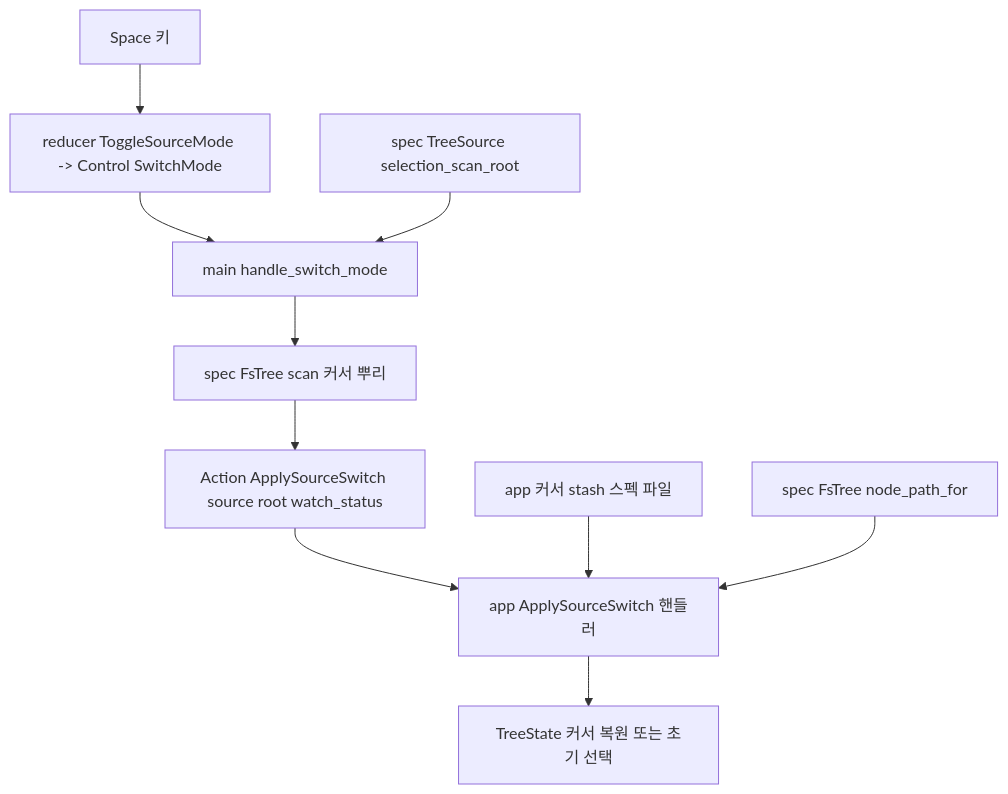
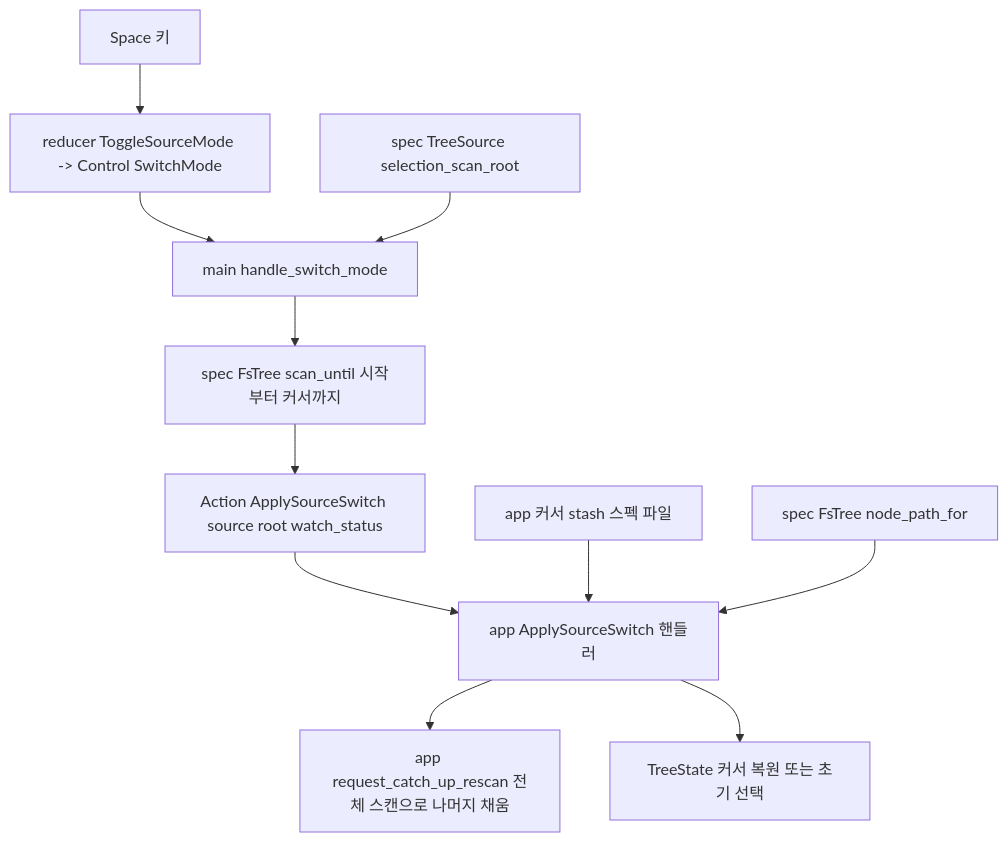
The first of 2 diagrams in .kiro/specs/spec-viewer-files-mode-cursor-scan/design.md (hodorii/spec-viewer), drawn with Mermaid before and after one commit. The commit also changed other lines of this file and 6 other files, not shown here.

Commit message:
docs: describe files-mode switching as start-to-cursor in the cursor-scan spec and README

````diff
--- a/.kiro/specs/spec-viewer-files-mode-cursor-scan/design.md
+++ b/.kiro/specs/spec-viewer-files-mode-cursor-scan/design.md
@@ -36,12 +36,13 @@
 ```mermaid
 flowchart TD
     key[Space 키] --> reducer_sig[reducer ToggleSourceMode -> Control SwitchMode]
     reducer_sig --> hsm[main handle_switch_mode]
     selroot[spec TreeSource selection_scan_root] --> hsm
-    hsm --> scan[spec FsTree scan 커서 뿌리]
+    hsm --> scan[spec FsTree scan_until 시작부터 커서까지]
     scan --> apply[Action ApplySourceSwitch source root watch_status]
     apply --> applyh[app ApplySourceSwitch 핸들러]
+    applyh --> catchup[app request_catch_up_rescan 전체 스캔으로 나머지 채움]
     stash[app 커서 stash 스펙 파일] --> applyh
     nodepath[spec FsTree node_path_for] --> applyh
     applyh --> cursor[TreeState 커서 복원 또는 초기 선택]
 ```
````
